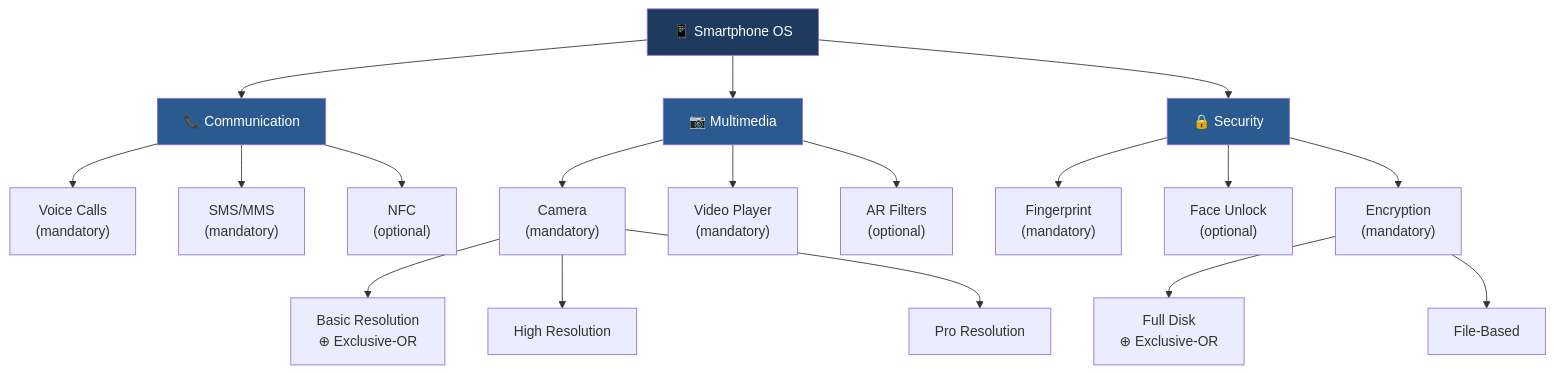
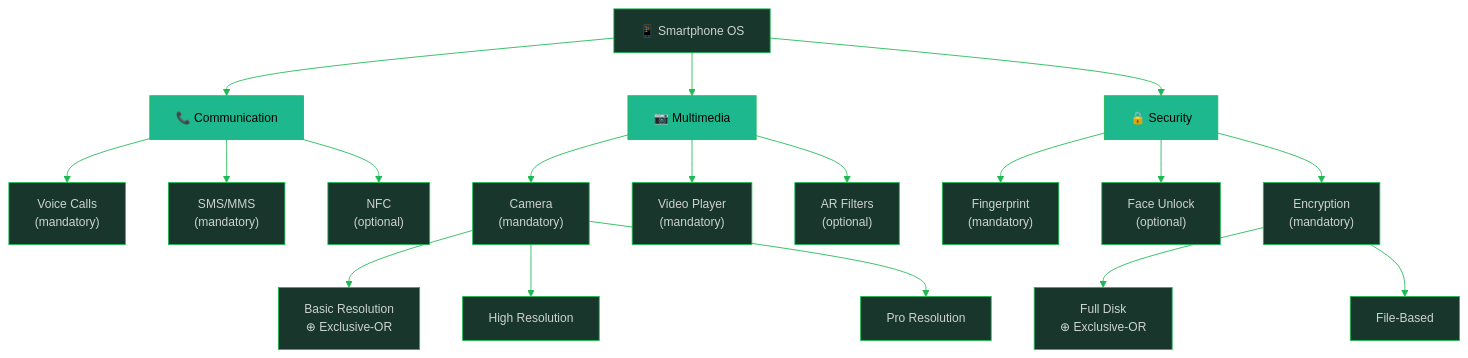
One commit to oat431/swe-knowledge changed the third of 9 diagrams in software-engineering-note/03_Software_Design/09_Variability_and_Feature_Models.md. Above: the diagram before and after it, drawn with Mermaid. The commit also changed other lines of this file and 116 other files, not shown here.

````diff
--- a/software-engineering-note/03_Software_Design/09_Variability_and_Feature_Models.md
+++ b/software-engineering-note/03_Software_Design/09_Variability_and_Feature_Models.md
@@ -91,30 +93,31 @@
 ```mermaid
+%%{init: {'theme':'base','themeVariables':{'primaryColor':'#19362D','primaryTextColor':'#CDD3D1','primaryBorderColor':'#1FB854','lineColor':'#1FB854','secondaryColor':'#161212','tertiaryColor':'#1B1717','background':'#1B1717','mainBkg':'#19362D','nodeBorder':'#1FB854','clusterBkg':'#161212','clusterBorder':'#19362D','titleColor':'#1FB854','edgeLabelBackground':'#161212','fontSize':'14px'}}}%%
 flowchart TD
     S["📱 Smartphone OS"] --> CM["📞 Communication"]
     S --> MM["📷 Multimedia"]
     S --> SEC["🔒 Security"]
     
     CM --> CALL["Voice Calls<br/>(mandatory)"]
     CM --> SMS["SMS/MMS<br/>(mandatory)"]
     CM --> NFC["NFC<br/>(optional)"]
     
     MM --> CAM["Camera<br/>(mandatory)"]
     MM --> VID["Video Player<br/>(mandatory)"]
     MM --> AR["AR Filters<br/>(optional)"]
     
     CAM --> BR["Basic Resolution<br/>⊕ Exclusive-OR"]
     CAM --> HR["High Resolution"]
     CAM --> PR["Pro Resolution"]
     
     SEC --> FP["Fingerprint<br/>(mandatory)"]
     SEC --> FACE["Face Unlock<br/>(optional)"]
     SEC --> ENC["Encryption<br/>(mandatory)"]
     
     ENC --> FDE["Full Disk<br/>⊕ Exclusive-OR"]
     ENC --> FBE["File-Based"]
     
-    style S fill:#1e3a5f,color:#fff
-    style CM fill:#2a5a8f,color:#fff
-    style MM fill:#2a5a8f,color:#fff
-    style SEC fill:#2a5a8f,color:#fff
+    style S fill:#19362D,color:#CDD3D1
+    style CM fill:#1EB88E,color:#000000
+    style MM fill:#1EB88E,color:#000000
+    style SEC fill:#1EB88E,color:#000000
 ```
````
